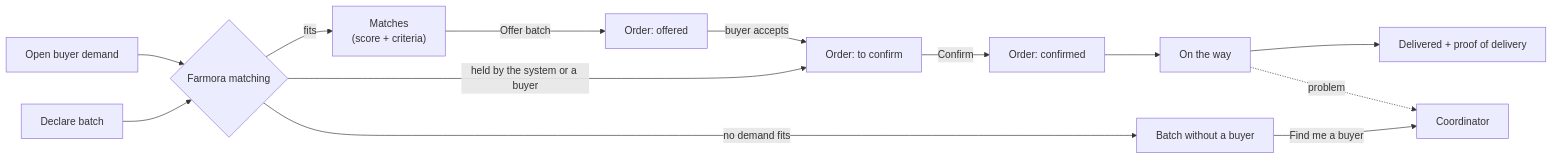
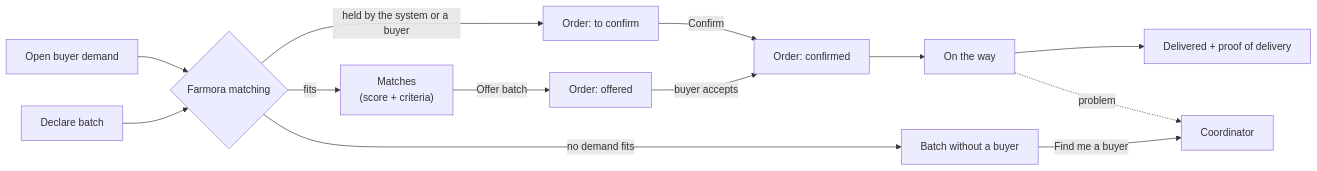
One commit to DACN-Manifest-NongNh-p/agri-supply-demand-platform changed the first of 6 diagrams in docs/producer/README.md. Above: the diagram before and after it, drawn with Mermaid. The commit also changed other lines of this file and 78 other files, not shown here.

````diff
--- a/docs/producer/README.md
+++ b/docs/producer/README.md
@@ -25,15 +25,15 @@
 ```mermaid
 flowchart LR
     Declare["Declare batch"] --> Match{"Farmora matching"}
     Demand["Open buyer demand"] --> Match
     Match -- "fits" --> Review["Matches<br/>(score + criteria)"]
     Match -- "no demand fits" --> Unsold["Batch without a buyer"]
     Unsold -- "Find me a buyer" --> Coord["Coordinator"]
     Match -- "held by the system or a buyer" --> ToConfirm["Order: to confirm"]
     Review -- "Offer batch" --> Offered["Order: offered"]
-    Offered -- "buyer accepts" --> ToConfirm
-    ToConfirm -- "Confirm" --> Confirmed["Order: confirmed"]
+    Offered -- "buyer accepts" --> Confirmed["Order: confirmed"]
+    ToConfirm -- "Confirm" --> Confirmed
     Confirmed --> Ship["On the way"]
     Ship --> Done["Delivered + proof of delivery"]
     Ship -. "problem" .-> Coord
 ```
````
